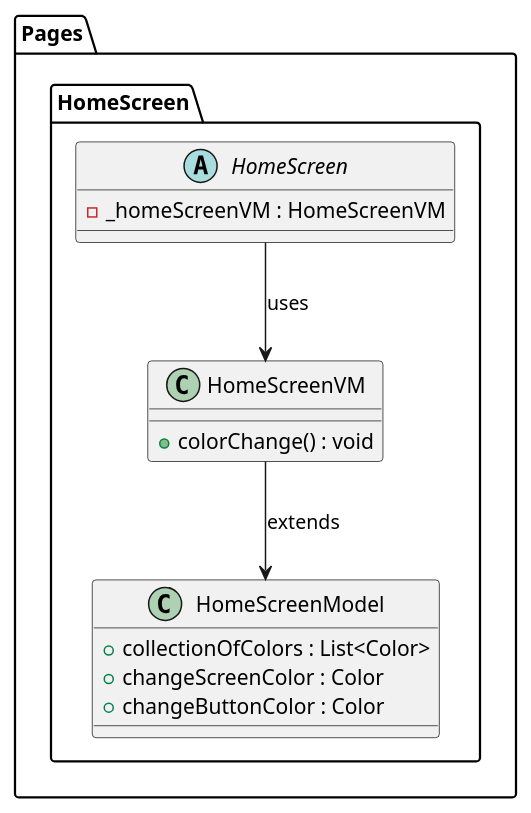
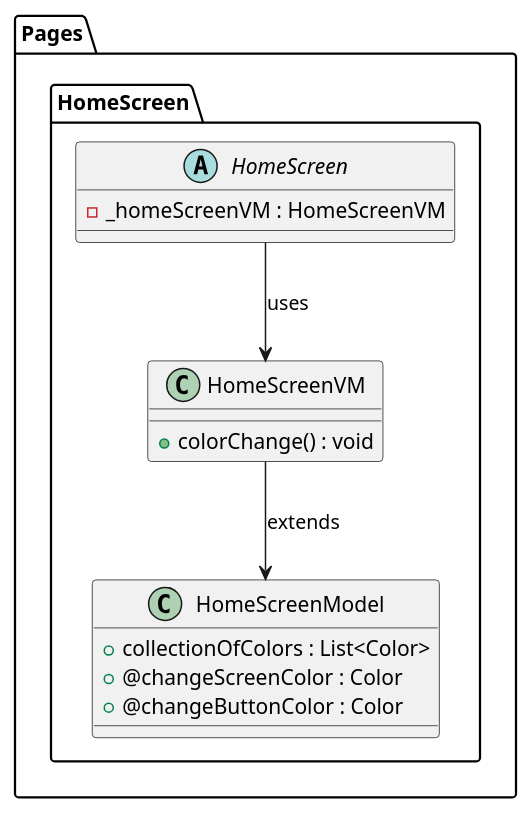
Before and after one commit to ThirumuruganArumugam/Project-ScaffoldColor: the diagram in lib/Pages/HomeScreen/Design/HomeScreen-Class.puml, drawn with PlantUML. The commit also changed 2 other files, not shown here.

```diff
--- a/lib/Pages/HomeScreen/Design/HomeScreen-Class.puml
+++ b/lib/Pages/HomeScreen/Design/HomeScreen-Class.puml
@@ -1,25 +1,25 @@
 @startuml HomeScreen Class Diagram
 
 package Pages{
     package HomeScreen {
 
         abstract class HomeScreen{
             - _homeScreenVM : HomeScreenVM
         }
 
         class HomeScreenModel{
             + collectionOfColors : List<Color>
-            + changeScreenColor : Color
-            + changeButtonColor : Color
+            + @changeScreenColor : Color
+            + @changeButtonColor : Color
         }
 
         class HomeScreenVM{
             + colorChange() : void
         }
     }
 }
 
 HomeScreenVM --> HomeScreenModel : extends
 Pages.HomeScreen.HomeScreen --> HomeScreenVM: uses
 
 @enduml
```
